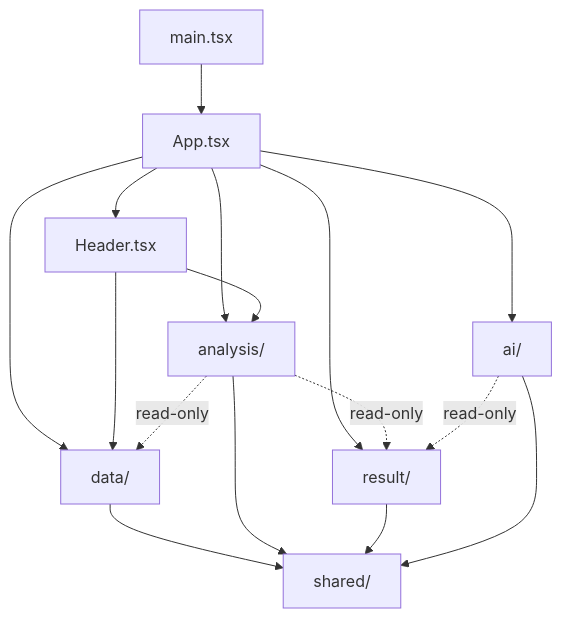
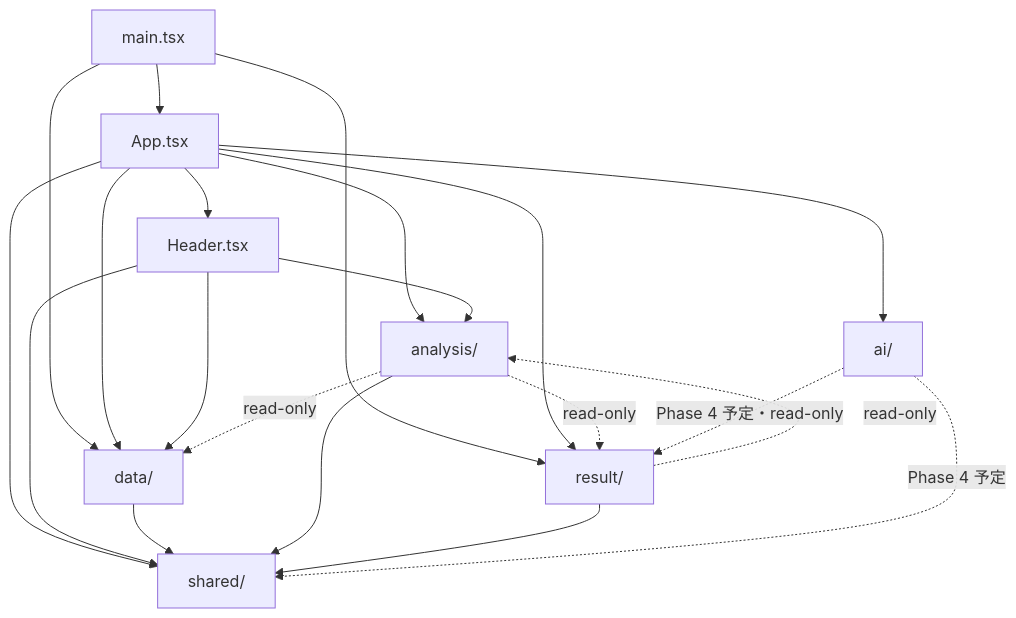
Before and after one commit to stkii/sai: the first of 2 diagrams in docs/ARCHITECTURE.md, drawn with Mermaid. The commit also changed other lines of this file, not shown here.

Commit message:
docs: ARCHITECTURE の依存図を実装に合わせて修正
フロントは main.tsx のプロバイダ階層 (M→D/R) と result→analysis の

レジストリ参照を追記し、ai/ を Phase 4 予定の点線に変更。

バックエンドは commands が AppState 経由でサービスを呼ぶ実態と、

bootstrap が infra 具象も生成する DI 配線を反映。

````diff
--- a/docs/ARCHITECTURE.md
+++ b/docs/ARCHITECTURE.md
@@ -128,22 +128,29 @@
 ```mermaid
 flowchart TB
   M[main.tsx] --> APP[App.tsx]
+  M --> D[data/]
+  M --> R[result/]
+
   APP --> HDR[Header.tsx]
-
-  APP --> D[data/]
+  APP --> D
   APP --> A[analysis/]
-  APP --> R[result/]
+  APP --> R
   APP --> AI[ai/]
+  APP --> SHR[shared/]
 
   HDR --> D
   HDR --> A
+  HDR --> SHR
 
-  D --> SHR[shared/]
+  D --> SHR
   A --> SHR
   R --> SHR
-  AI --> SHR
 
   A -.read-only.-> D
   A -.read-only.-> R
-  AI -.read-only.-> R
+  R -.read-only.-> A
+
+  %% ai/ は Phase 4 未着手の placeholder。下記は実装予定の依存で、現状コードには未存在
+  AI -.Phase 4 予定.-> SHR
+  AI -.Phase 4 予定・read-only.-> R
 ```
````
